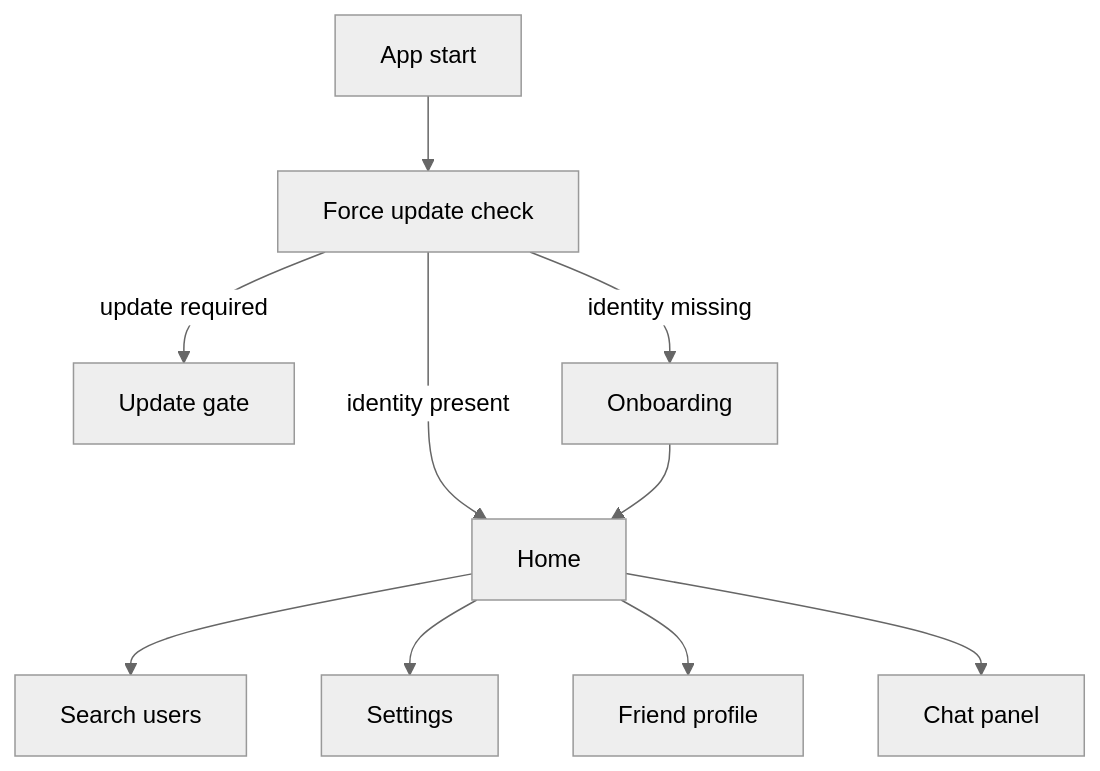
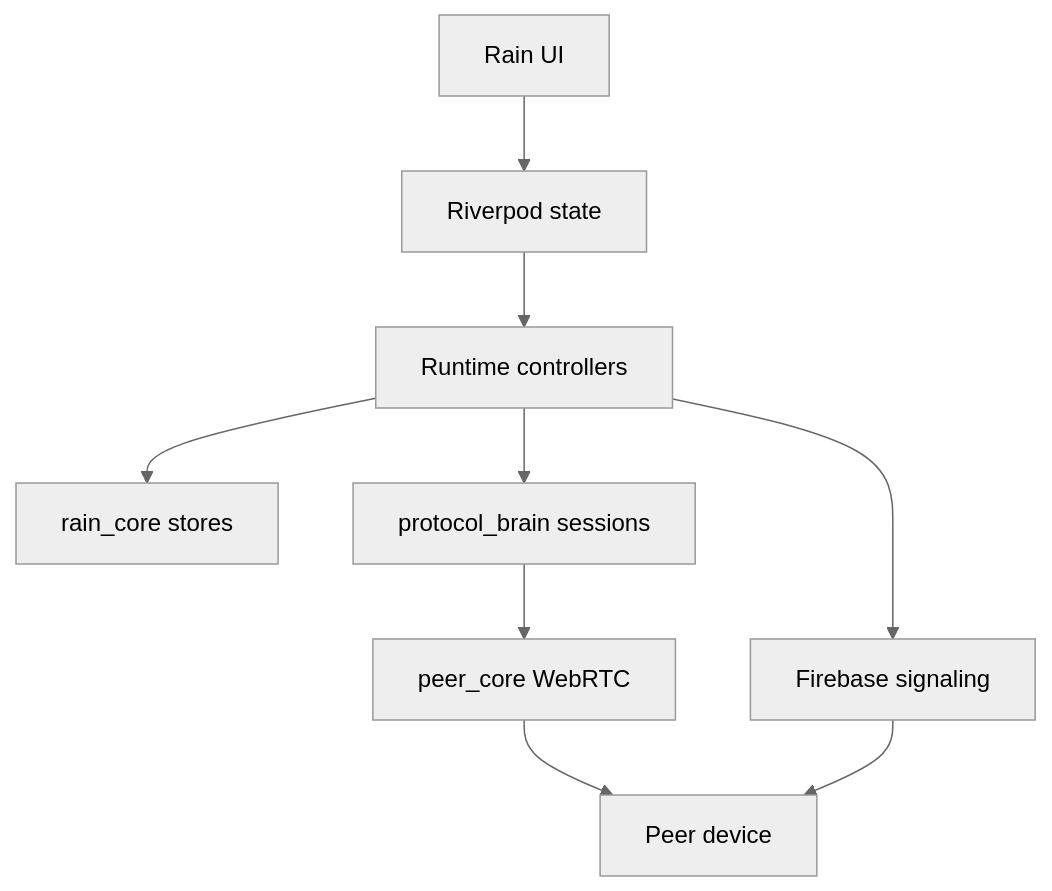
The diagram in README.md (EslamNabawy/Rain), drawn with Mermaid (neutral theme) before and after one commit. The commit also changed other lines of this file, not shown here.

````diff
--- a/README.md
+++ b/README.md
@@ -70,12 +69,11 @@
 ```mermaid
 flowchart TD
-  A["App start"] --> B["Force update check"]
-  B -->|update required| C["Update gate"]
-  B -->|identity missing| D["Onboarding"]
-  B -->|identity present| E["Home"]
-  D --> E
-  E --> F["Search users"]
-  E --> G["Settings"]
-  E --> H["Friend profile"]
-  E --> I["Chat panel"]
+  A["Rain UI"] --> B["Riverpod state"]
+  B --> C["Runtime controllers"]
+  C --> D["rain_core stores"]
+  C --> E["protocol_brain sessions"]
+  E --> F["peer_core WebRTC"]
+  C --> G["Firebase signaling"]
+  F --> H["Peer device"]
+  G --> H
 ```
````
